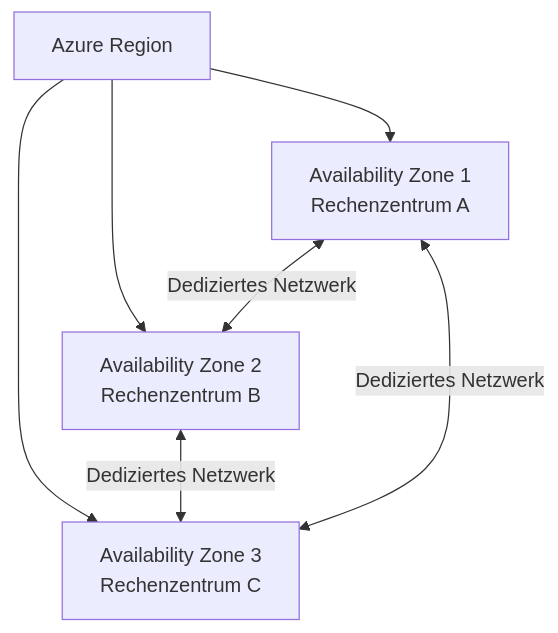
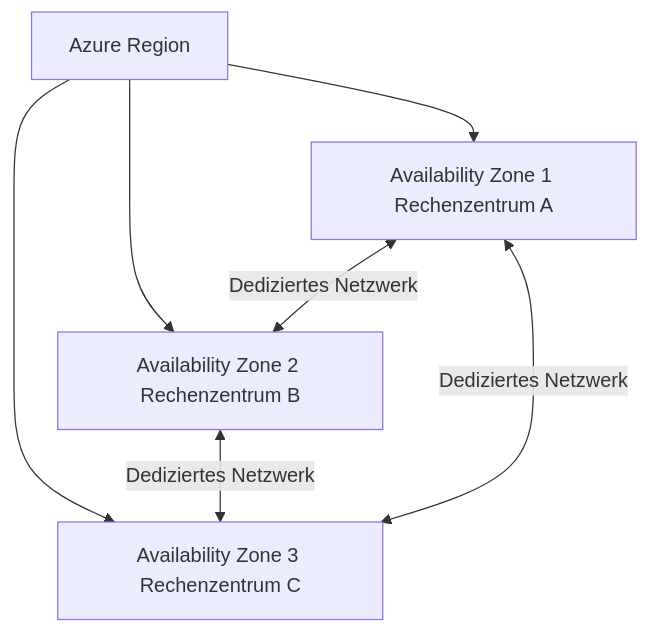
One commit to SoniiiT/notes-n-docs changed the first of 3 diagrams in Microsoft 365/Azure/Grundlagen/Azure Überblick.md. Above: the diagram before and after it, drawn with Mermaid. The commit also changed other lines of this file and 124 other files, not shown here.

First line of the commit message:
fix: Entferne \n aus allen Mermaid-Diagrammen (125 Dateien)

````diff
--- a/Microsoft 365/Azure/Grundlagen/Azure Überblick.md
+++ b/Microsoft 365/Azure/Grundlagen/Azure Überblick.md
@@ -62,9 +62,9 @@
 ```mermaid
 graph TD
-    R[Azure Region] --> AZ1[Availability Zone 1\nRechenzentrum A]
-    R --> AZ2[Availability Zone 2\nRechenzentrum B]
-    R --> AZ3[Availability Zone 3\nRechenzentrum C]
+    R[Azure Region] --> AZ1[Availability Zone 1 Rechenzentrum A]
+    R --> AZ2[Availability Zone 2 Rechenzentrum B]
+    R --> AZ3[Availability Zone 3 Rechenzentrum C]
     AZ1 <-->|Dediziertes Netzwerk| AZ2
     AZ2 <-->|Dediziertes Netzwerk| AZ3
     AZ1 <-->|Dediziertes Netzwerk| AZ3
 ```
````
